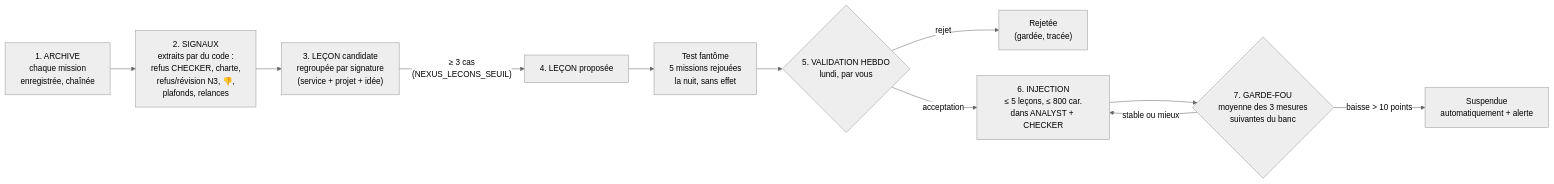
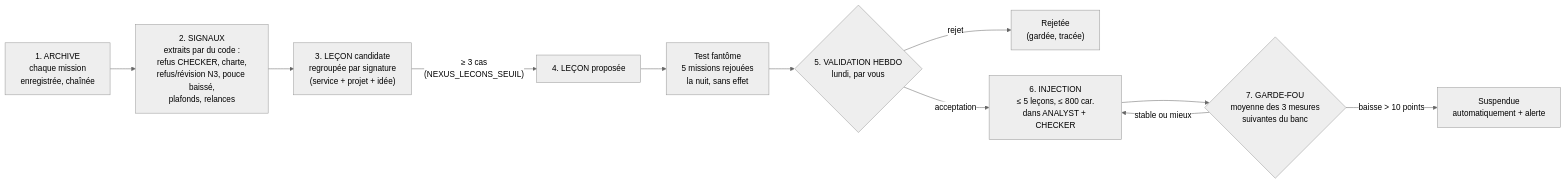
The first of 2 diagrams in docs/structurel/04-memoire-et-apprentissage.md (redkards/EspaceTravail-public), drawn with Mermaid (neutral theme) before and after one commit. The commit also changed other lines of this file and 16 other files, not shown here.

````diff
--- a/docs/structurel/04-memoire-et-apprentissage.md
+++ b/docs/structurel/04-memoire-et-apprentissage.md
@@ -21,13 +21,13 @@
 ```mermaid
 flowchart LR
-    A["1. ARCHIVE<br/>chaque mission<br/>enregistrée, chaînée"] --> B["2. SIGNAUX<br/>extraits par du code :<br/>refus CHECKER, charte,<br/>refus/révision N3, 👎,<br/>plafonds, relances"]
+    A["1. ARCHIVE<br/>chaque mission<br/>enregistrée, chaînée"] --> B["2. SIGNAUX<br/>extraits par du code :<br/>refus CHECKER, charte,<br/>refus/révision N3, pouce baissé,<br/>plafonds, relances"]
     B --> C["3. LEÇON candidate<br/>regroupée par signature<br/>(service + projet + idée)"]
     C -- "≥ 3 cas<br/>(NEXUS_LECONS_SEUIL)" --> D["4. LEÇON proposée"]
     D --> F["Test fantôme<br/>5 missions rejouées<br/>la nuit, sans effet"]
     F --> E{"5. VALIDATION HEBDO<br/>lundi, par vous"}
     E -- rejet --> R["Rejetée<br/>(gardée, tracée)"]
     E -- acceptation --> G["6. INJECTION<br/>≤ 5 leçons, ≤ 800 car.<br/>dans ANALYST + CHECKER"]
     G --> H{"7. GARDE-FOU<br/>moyenne des 3 mesures<br/>suivantes du banc"}
     H -- "baisse > 10 points" --> S["Suspendue<br/>automatiquement + alerte"]
     H -- stable ou mieux --> G
 ```
````
